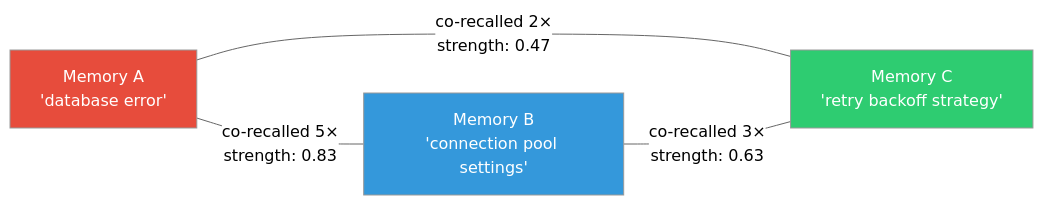
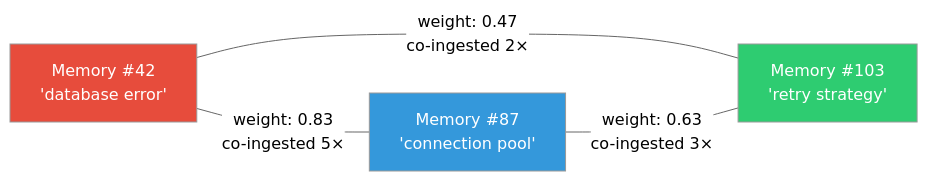
Before and after one commit to spectrayan/spector: the second of 3 diagrams in docs/docs/memory/hebbian.md, drawn with Mermaid (neutral theme). The commit also changed other lines of this file and 4 other files, not shown here.

First line of the commit message:
docs: update memory documentation for 3-Layer Cognitive Graph

````diff
--- a/docs/docs/memory/hebbian.md
+++ b/docs/docs/memory/hebbian.md
@@ -18,10 +69,10 @@
 ```mermaid
 graph LR
-    A["Memory A<br/>'database error'"] ---|"co-recalled 5×<br/>strength: 0.83"| B["Memory B<br/>'connection pool settings'"]
-    A ---|"co-recalled 2×<br/>strength: 0.47"| C["Memory C<br/>'retry backoff strategy'"]
-    B ---|"co-recalled 3×<br/>strength: 0.63"| C
-    
+    A["Memory #42<br/>'database error'"] ---|"weight: 0.83<br/>co-ingested 5×"| B["Memory #87<br/>'connection pool'"]
+    A ---|"weight: 0.47<br/>co-ingested 2×"| C["Memory #103<br/>'retry strategy'"]
+    B ---|"weight: 0.63<br/>co-ingested 3×"| C
+
     style A fill:#e74c3c,color:white
     style B fill:#3498db,color:white
     style C fill:#2ecc71,color:white
 ```
````
